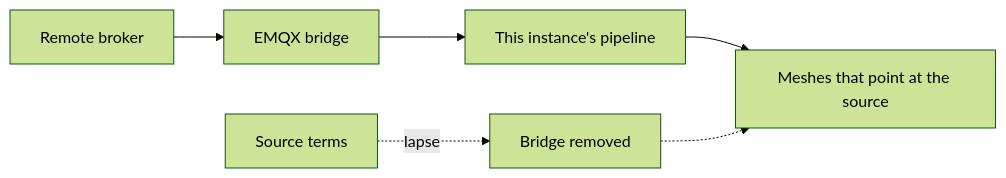
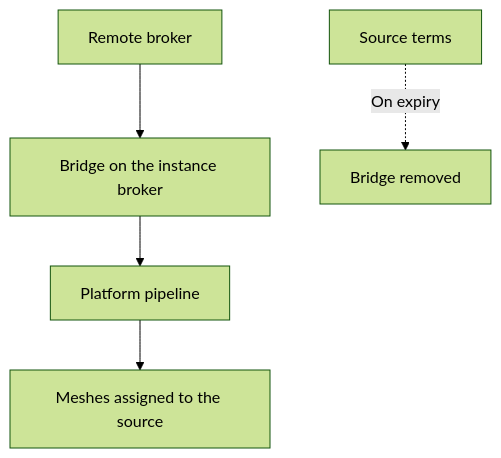
One commit to sensical-coop/mesh-things-apps changed the diagram in apps/web/content/docs/en/sources.mdx. Above: the diagram before and after it, drawn with Mermaid (forest theme). The commit also changed other lines of this file and 27 other files, not shown here.

````diff
--- a/apps/web/content/docs/en/sources.mdx
+++ b/apps/web/content/docs/en/sources.mdx
@@ -10,8 +10,7 @@
 ```mermaid
-flowchart LR
-  remote["Remote broker"] --> bridge["EMQX bridge"]
-  bridge --> pipe["This instance's pipeline"]
-  pipe --> mesh["Meshes that point at the source"]
-  terms["Source terms"] -.->|lapse| pause["Bridge removed"]
-  pause -.-> mesh
+flowchart TD
+  remote["Remote broker"] --> bridge["Bridge on the instance broker"]
+  bridge --> pipeline["Platform pipeline"]
+  pipeline --> meshes["Meshes assigned to the source"]
+  terms["Source terms"] -.->|On expiry| removed["Bridge removed"]
 ```
````
